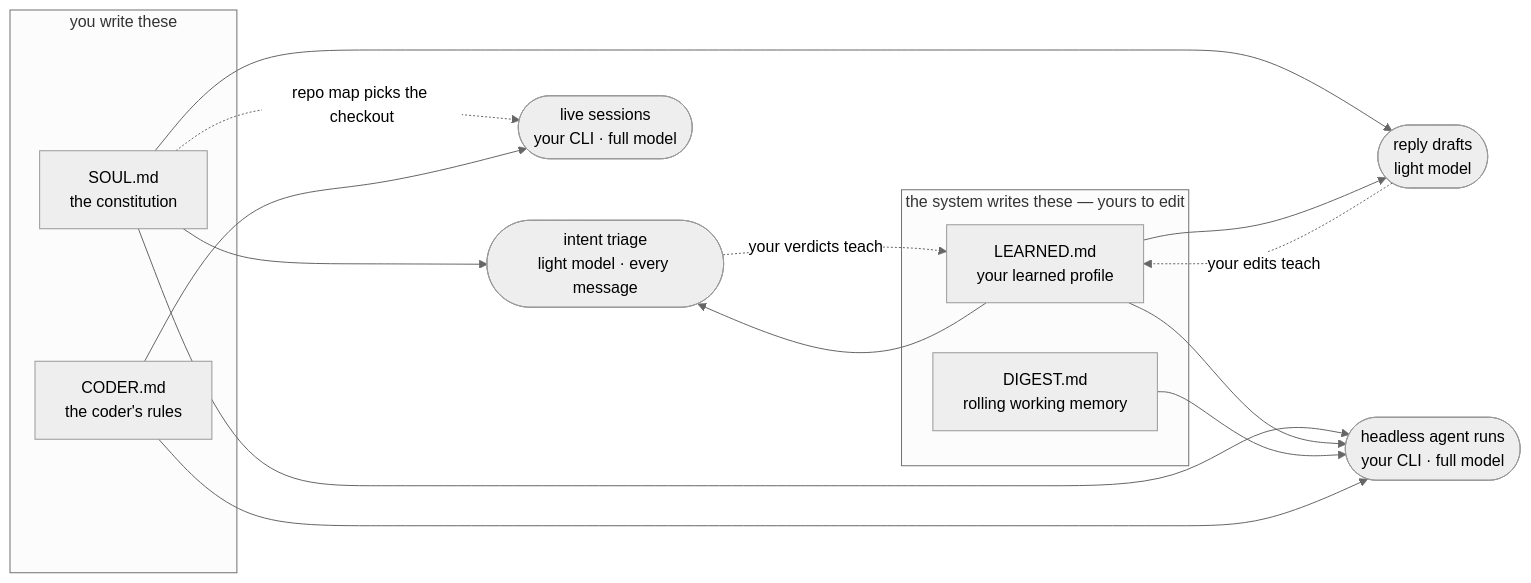
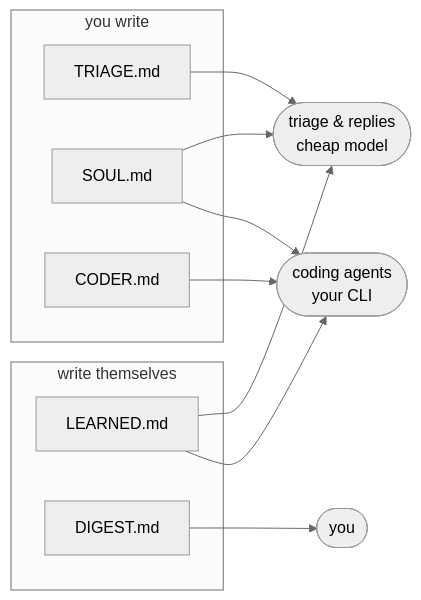
Before and after one commit to dovidstern/taskuary: the second of 2 diagrams in README.md, drawn with Mermaid (neutral theme). The commit also changed other lines of this file and 12 other files, not shown here.

First line of the commit message:
The triage prompt is a document now, the digest is your morning brief, and the README says it simply

````diff
--- a/README.md
+++ b/README.md
@@ -188,22 +170,22 @@
 ```mermaid
 flowchart LR
-    subgraph yours["you write these"]
-        SOUL[SOUL.md<br/>the constitution]
-        CODER[CODER.md<br/>the coder's rules]
+    subgraph yours["you write"]
+        TRI[TRIAGE.md]
+        SOUL[SOUL.md]
+        CODER[CODER.md]
     end
-    subgraph system["the system writes these — yours to edit"]
-        LEARNED[LEARNED.md<br/>your learned profile]
-        DIGEST[DIGEST.md<br/>rolling working memory]
+    subgraph auto["write themselves"]
+        LEARNED[LEARNED.md]
+        DIGEST[DIGEST.md]
     end
-    TRIAGE([intent triage<br/>light model · every message])
-    DRAFT([reply drafts<br/>light model])
-    RUN([headless agent runs<br/>your CLI · full model])
-    LIVE([live sessions<br/>your CLI · full model])
-    SOUL --> TRIAGE & DRAFT & RUN
-    SOUL -. repo map picks the checkout .-> LIVE
-    LEARNED --> TRIAGE & DRAFT & RUN
-    DIGEST --> RUN
-    CODER --> RUN & LIVE
-    TRIAGE -. your verdicts teach .-> LEARNED
-    DRAFT -. your edits teach .-> LEARNED
+    A([triage & replies<br/>cheap model])
+    B([coding agents<br/>your CLI])
+    YOU([you])
+    TRI --> A
+    SOUL --> A
+    SOUL --> B
+    LEARNED --> A
+    LEARNED --> B
+    CODER --> B
+    DIGEST --> YOU
 ```
````
